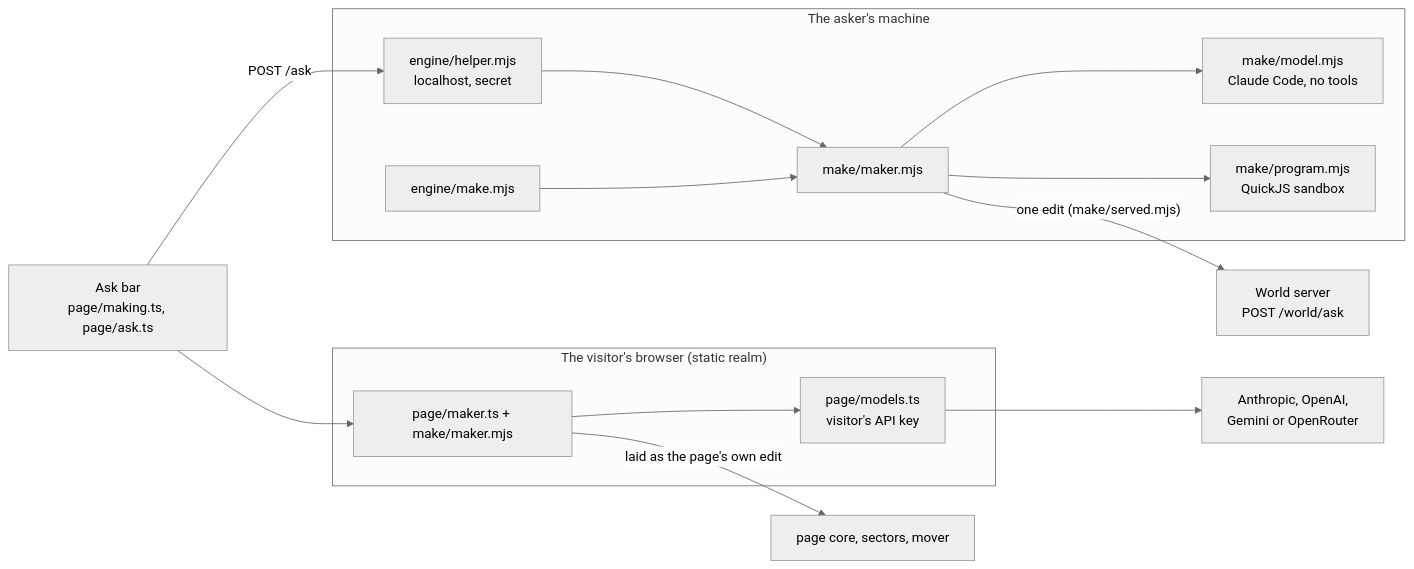
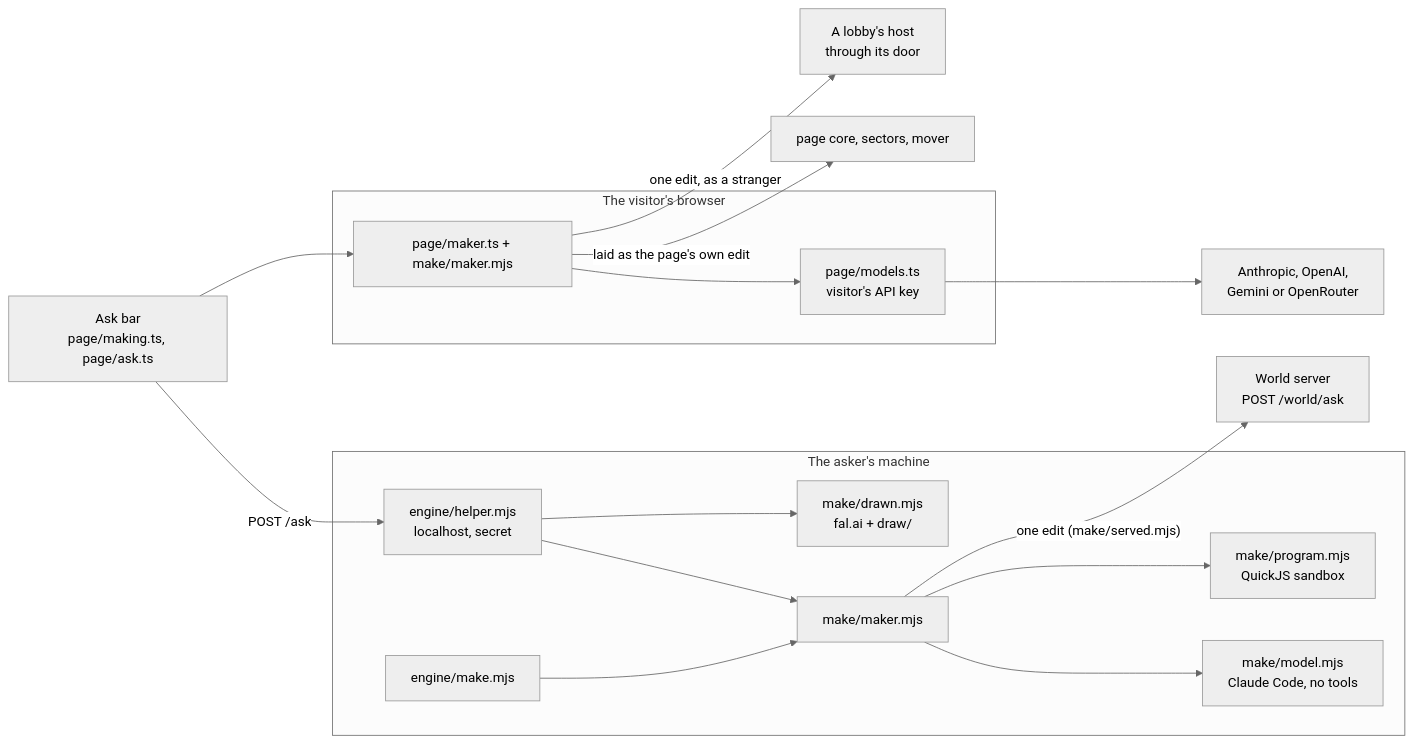
The diagram in guide/making.md (voxelwright/voxelwright), drawn with Mermaid (neutral theme) before and after one commit. The commit also changed other lines of this file and 78 other files, not shown here.

````diff
--- a/guide/making.md
+++ b/guide/making.md
@@ -18,24 +19,28 @@
 ```mermaid
 flowchart LR
   Bar["Ask bar<br/>page/making.ts, page/ask.ts"]
   subgraph Machine["The asker's machine"]
     Helper["engine/helper.mjs<br/>localhost, secret"]
     CLI["engine/make.mjs"]
     Maker1["make/maker.mjs"]
     Claude["make/model.mjs<br/>Claude Code, no tools"]
     Program["make/program.mjs<br/>QuickJS sandbox"]
+    Drawer["make/drawn.mjs<br/>fal.ai + draw/"]
   end
-  subgraph Browser["The visitor's browser (static realm)"]
+  subgraph Browser["The visitor's browser"]
     PageMaker["page/maker.ts + make/maker.mjs"]
     Models["page/models.ts<br/>visitor's API key"]
   end
   Provider["Anthropic, OpenAI,<br/>Gemini or OpenRouter"]
   Server["World server<br/>POST /world/ask"]
+  Host["A lobby's host<br/>through its door"]
   Bar -- "POST /ask" --> Helper --> Maker1
   CLI --> Maker1
   Maker1 --> Claude
   Maker1 --> Program
+  Helper --> Drawer
   Maker1 -- "one edit (make/served.mjs)" --> Server
   Bar --> PageMaker --> Models --> Provider
   PageMaker -- "laid as the page's own edit" --> PageEdits["page core, sectors, mover"]
+  PageMaker -- "one edit, as a stranger" --> Host
 ```
````
